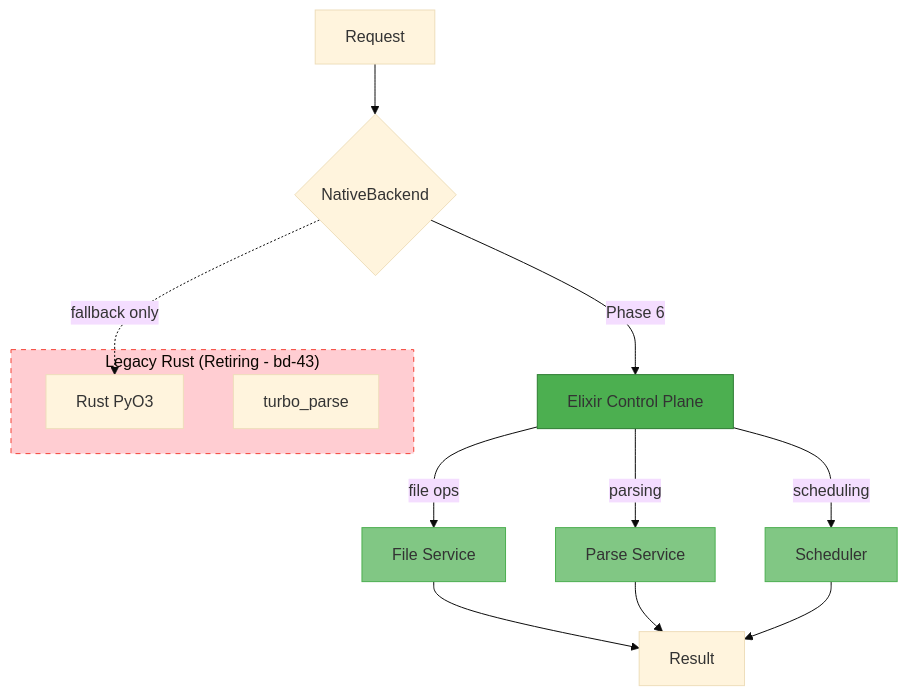
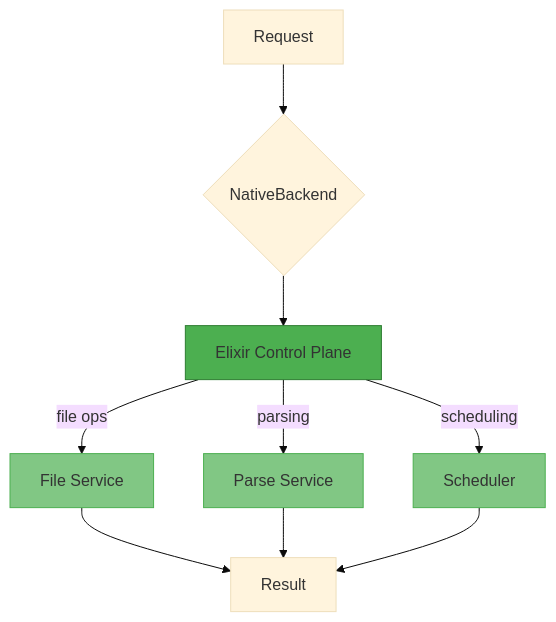
The sixth of 7 diagrams in architecture_mermaid.md (asx8678/code_puppy), drawn with Mermaid (base theme) before and after one commit. The commit also changed other lines of this file and 12 other files, not shown here.

````diff
--- a/architecture_mermaid.md
+++ b/architecture_mermaid.md
@@ -248,24 +238,17 @@
 ```mermaid
 flowchart TD
     Req[Request] --> NB{NativeBackend}
-    NB -->|Phase 6| ECP[Elixir Control Plane]
+    NB --> ECP[Elixir Control Plane]
     ECP -->|file ops| FileSvc[File Service]
     ECP -->|parsing| ParseSvc[Parse Service]
     ECP -->|scheduling| SchedSvc[Scheduler]
     
-    subgraph Legacy["Legacy Rust (Retiring - bd-43)"]
-        Rs[Rust PyO3]
-        TP[turbo_parse]
-    end
-    
-    NB -.->|fallback only| Rs
     FileSvc --> Result[Result]
     ParseSvc --> Result
     SchedSvc --> Result
     
     style ECP fill:#4CAF50,stroke:#2E7D32
     style FileSvc fill:#81C784,stroke:#4CAF50
     style ParseSvc fill:#81C784,stroke:#4CAF50
     style SchedSvc fill:#81C784,stroke:#4CAF50
-    style Legacy fill:#FFCDD2,stroke:#F44336,stroke-dasharray: 5 5
 ```
````
